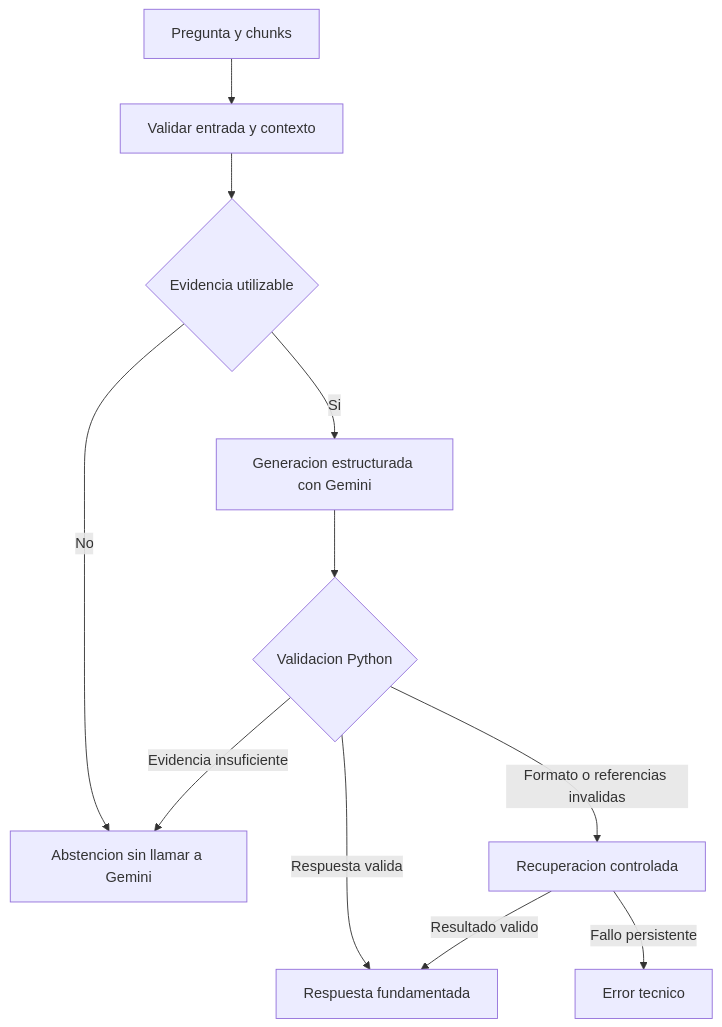
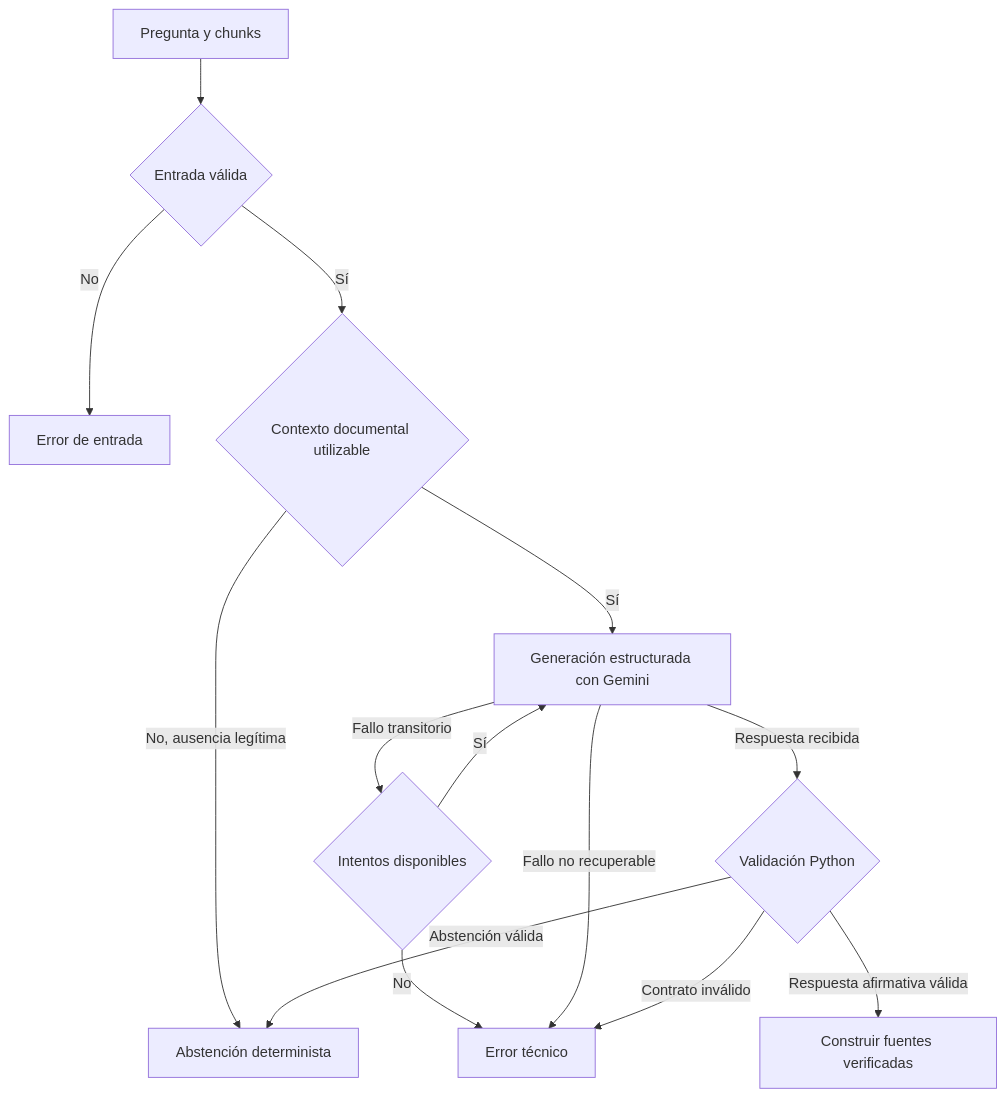
One commit to alex-bometon/pb03_equipo18 changed the diagram in specs/03-generacion.md. Above: the diagram before and after it, drawn with Mermaid. The commit also changed other lines of this file and 3 other files, not shown here.

````diff
--- a/specs/03-generacion.md
+++ b/specs/03-generacion.md
@@ -43,13 +91,20 @@
 ```mermaid
 flowchart TD
-    I[Pregunta y chunks] --> V[Validar entrada y contexto]
-    V --> E{Evidencia utilizable}
-    E -->|No| A[Abstencion sin llamar a Gemini]
-    E -->|Si| G[Generacion estructurada con Gemini]
-    G --> C{Validacion Python}
-    C -->|Respuesta valida| R[Respuesta fundamentada]
-    C -->|Evidencia insuficiente| A
-    C -->|Formato o referencias invalidas| T[Recuperacion controlada]
-    T -->|Resultado valido| R
-    T -->|Fallo persistente| F[Error tecnico]
+    I[Pregunta y chunks] --> V{Entrada válida}
+    V -->|No| F[Error de entrada]
+    V -->|Sí| E{Contexto documental utilizable}
+
+    E -->|No, ausencia legítima| A[Abstención determinista]
+    E -->|Sí| G[Generación estructurada con Gemini]
+
+    G -->|Fallo transitorio| T{Intentos disponibles}
+    T -->|Sí| G
+    T -->|No| X[Error técnico]
+
+    G -->|Fallo no recuperable| X
+    G -->|Respuesta recibida| C{Validación Python}
+
+    C -->|Contrato inválido| X
+    C -->|Abstención válida| A
+    C -->|Respuesta afirmativa válida| R[Construir fuentes verificadas]
 ```
````
